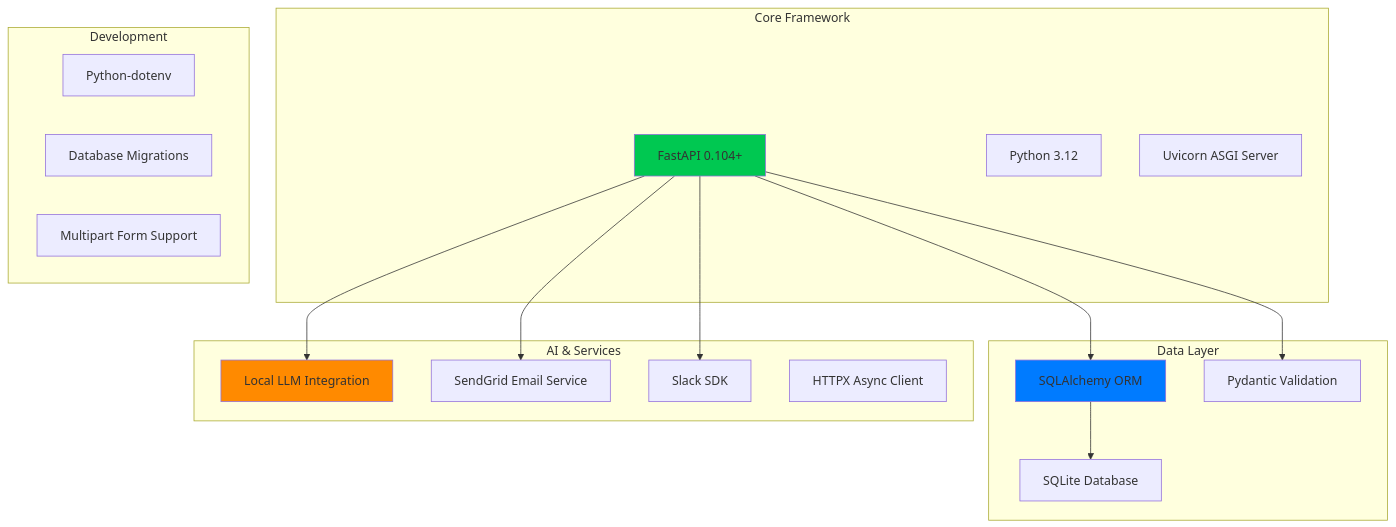
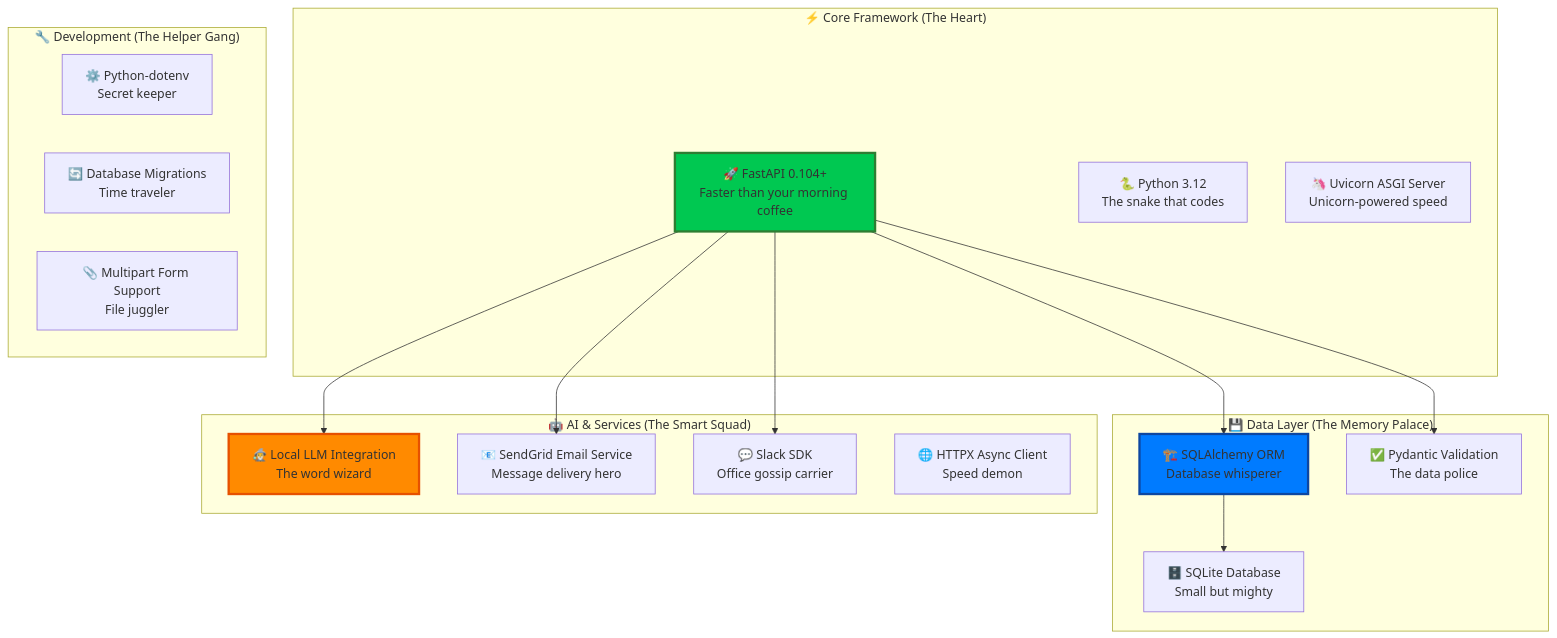
Before and after one commit to anshc022/HackaTwin: the fourth of 6 diagrams in README.md, drawn with Mermaid. The commit also changed other lines of this file, not shown here.

````diff
--- a/README.md
+++ b/README.md
@@ -308,39 +388,39 @@
 ```mermaid
 graph TD
-    subgraph "Core Framework"
-        FAST[FastAPI 0.104+]
-        PYTHON[Python 3.12]
-        UVICORN[Uvicorn ASGI Server]
+    subgraph "⚡ Core Framework (The Heart)"
+        FAST["🚀 FastAPI 0.104+<br/>Faster than your morning coffee"]
+        PYTHON["🐍 Python 3.12<br/>The snake that codes"]
+        UVICORN["🦄 Uvicorn ASGI Server<br/>Unicorn-powered speed"]
     end
     
-    subgraph "Data Layer"
-        SQL[SQLAlchemy ORM]
-        SQLITE[SQLite Database]
-        PYDANTIC[Pydantic Validation]
+    subgraph "💾 Data Layer (The Memory Palace)"
+        SQL["🏗️ SQLAlchemy ORM<br/>Database whisperer"]
+        SQLITE["🗄️ SQLite Database<br/>Small but mighty"]
+        PYDANTIC["✅ Pydantic Validation<br/>The data police"]
     end
     
-    subgraph "AI & Services"
-        AI[Local LLM Integration]
-        EMAIL[SendGrid Email Service]
-        SLACK[Slack SDK]
-        HTTP[HTTPX Async Client]
+    subgraph "🤖 AI & Services (The Smart Squad)"
+        AI["🧙‍♂️ Local LLM Integration<br/>The word wizard"]
+        EMAIL["📧 SendGrid Email Service<br/>Message delivery hero"]
+        SLACK["💬 Slack SDK<br/>Office gossip carrier"]
+        HTTP["🌐 HTTPX Async Client<br/>Speed demon"]
     end
     
-    subgraph "Development"
-        DOTENV[Python-dotenv]
-        ALEMBIC[Database Migrations]
-        MULTI[Multipart Form Support]
+    subgraph "🔧 Development (The Helper Gang)"
+        DOTENV["⚙️ Python-dotenv<br/>Secret keeper"]
+        ALEMBIC["🔄 Database Migrations<br/>Time traveler"]
+        MULTI["📎 Multipart Form Support<br/>File juggler"]
     end
     
     FAST --> SQL
     FAST --> PYDANTIC
     FAST --> AI
     FAST --> EMAIL
     FAST --> SLACK
     
     SQL --> SQLITE
     
-    style FAST fill:#00c851
-    style AI fill:#ff8a00
-    style SQL fill:#007bff
+    style FAST fill:#00c851,stroke:#2e7d32,stroke-width:3px
+    style AI fill:#ff8a00,stroke:#e65100,stroke-width:3px
+    style SQL fill:#007bff,stroke:#0d47a1,stroke-width:3px
 ```
````
